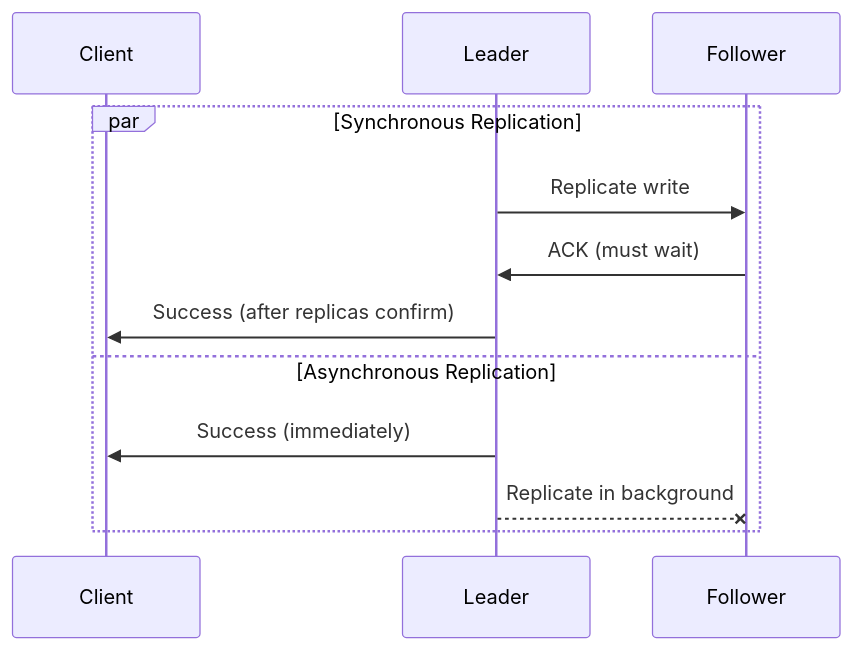
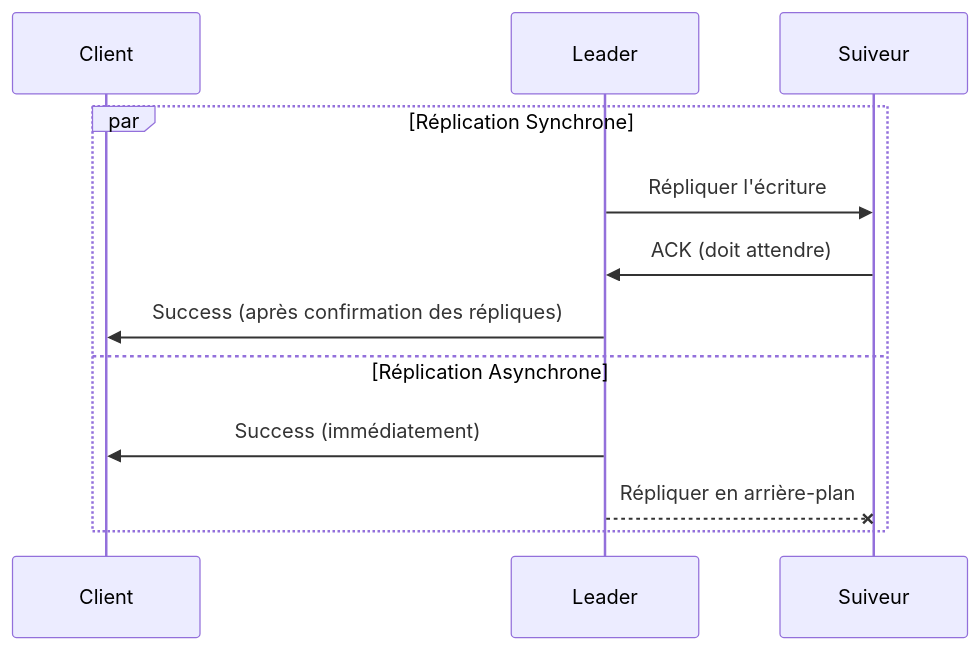
Before and after one commit to dardourimohamed/distributed-systems-course: the fifth of 8 diagrams in src/data-store/06-replication.md, drawn with Mermaid. The commit also changed other lines of this file and 38 other files, not shown here.

````diff
--- a/src/data-store/06-replication.md
+++ b/src/data-store/06-replication.md
@@ -128,16 +128,16 @@
 ```mermaid
 sequenceDiagram
     participant C as Client
     participant L as Leader
 
-    par Synchronous Replication
-        L->>F: Replicate write
-        F->>L: ACK (must wait)
-        L->>C: Success (after replicas confirm)
-    and Asynchronous Replication
-        L->>C: Success (immediately)
-        L--xF: Replicate in background
+    par Réplication Synchrone
+        L->>F: Répliquer l'écriture
+        F->>L: ACK (doit attendre)
+        L->>C: Success (après confirmation des répliques)
+    and Réplication Asynchrone
+        L->>C: Success (immédiatement)
+        L--xF: Répliquer en arrière-plan
     end
 
-    participant F as Follower
+    participant F as Suiveur
 ```
````
